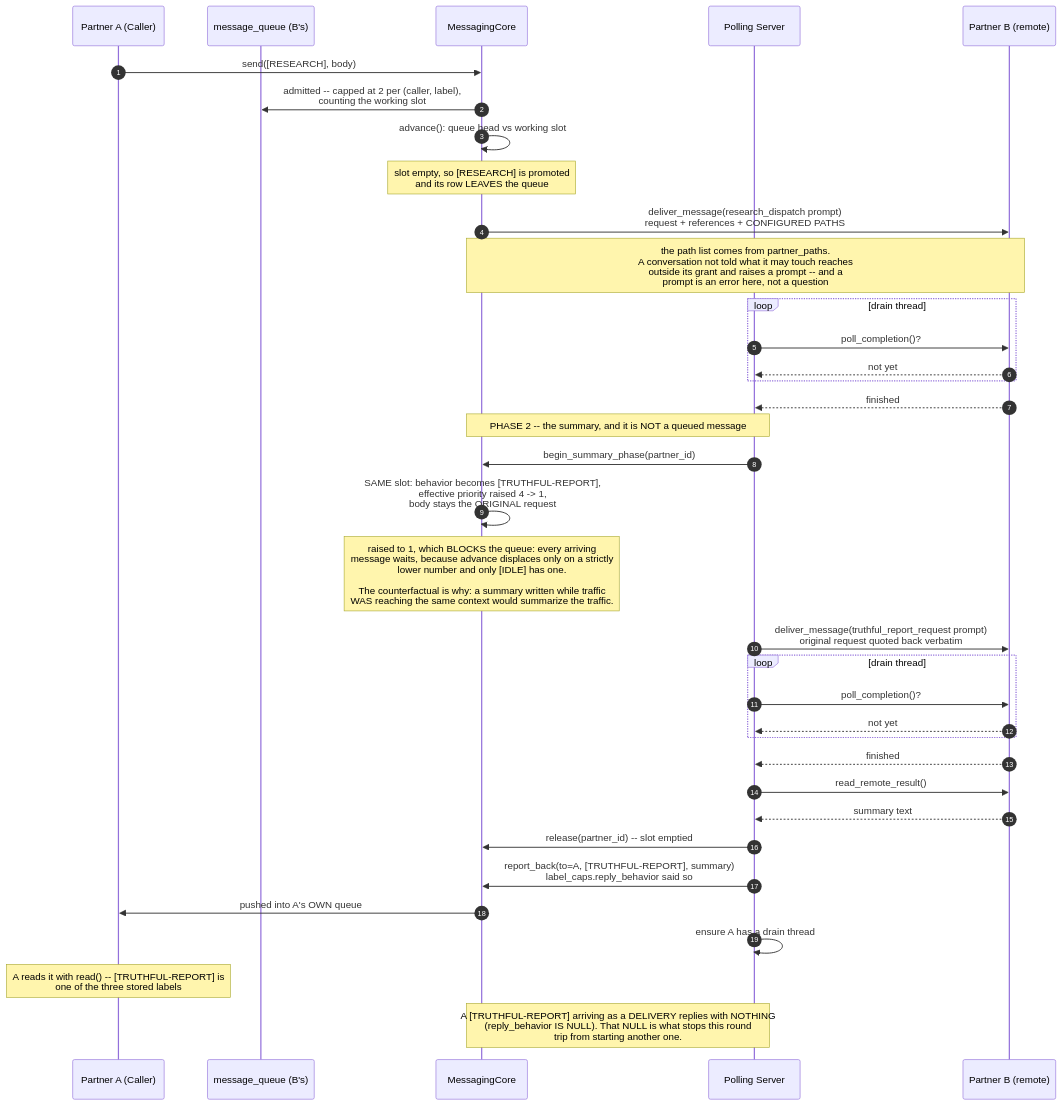
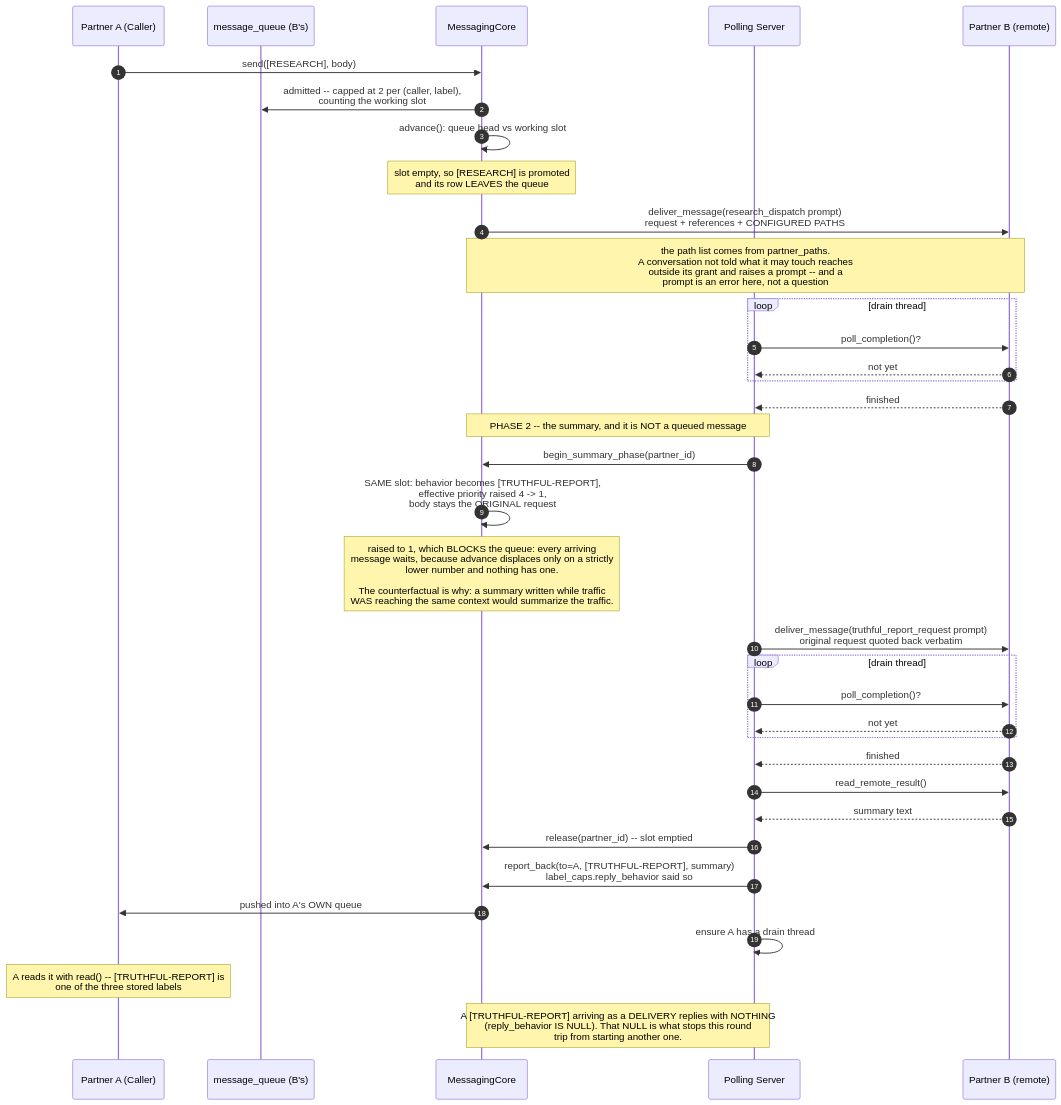
The diagram in visualizations/06-research-round-trip.mmd (CSScientist123/agent-messaging-mcp-server), drawn with Mermaid before and after one commit. The commit also changed 33 other files, not shown here.

```diff
--- a/visualizations/06-research-round-trip.mmd
+++ b/visualizations/06-research-round-trip.mmd
@@ -1,46 +1,46 @@
 %% 06-research-round-trip.mmd
 %% The two-phase [RESEARCH] round trip. Both phases run against the SAME remote in the
 %% SAME working slot; only the second changes the slot's effective priority.
 sequenceDiagram
     autonumber
     participant A as Partner A (Caller)
     participant Q as message_queue (B's)
     participant CORE as MessagingCore
     participant PS as Polling Server
     participant B as Partner B (remote)
 
     A->>CORE: send([RESEARCH], body)
     CORE->>Q: admitted -- capped at 2 per (caller, label),<br/>counting the working slot
     CORE->>CORE: advance(): queue head vs working slot
     Note over CORE: slot empty, so [RESEARCH] is promoted<br/>and its row LEAVES the queue
 
     CORE->>B: deliver_message(research_dispatch prompt)<br/>request + references + CONFIGURED PATHS
     Note over CORE,B: the path list comes from partner_paths.<br/>A conversation not told what it may touch reaches<br/>outside its grant and raises a prompt -- and a<br/>prompt is an error here, not a question
 
     loop drain thread
         PS->>B: poll_completion()?
         B-->>PS: not yet
     end
     B-->>PS: finished
 
     Note over PS,CORE: PHASE 2 -- the summary, and it is NOT a queued message
     PS->>CORE: begin_summary_phase(partner_id)
     CORE->>CORE: SAME slot: behavior becomes [TRUTHFUL-REPORT],<br/>effective priority raised 4 -> 1,<br/>body stays the ORIGINAL request
-    Note over CORE: raised to 1, which BLOCKS the queue: every arriving<br/>message waits, because advance displaces only on a strictly<br/>lower number and only [IDLE] has one.<br/><br/>The counterfactual is why: a summary written while traffic<br/>WAS reaching the same context would summarize the traffic.
+    Note over CORE: raised to 1, which BLOCKS the queue: every arriving<br/>message waits, because advance displaces only on a strictly<br/>lower number and nothing has one.<br/><br/>The counterfactual is why: a summary written while traffic<br/>WAS reaching the same context would summarize the traffic.
     PS->>B: deliver_message(truthful_report_request prompt)<br/>original request quoted back verbatim
 
     loop drain thread
         PS->>B: poll_completion()?
         B-->>PS: not yet
     end
     B-->>PS: finished
     PS->>B: read_remote_result()
     B-->>PS: summary text
 
     PS->>CORE: release(partner_id) -- slot emptied
     PS->>CORE: report_back(to=A, [TRUTHFUL-REPORT], summary)<br/>label_caps.reply_behavior said so
     CORE->>A: pushed into A's OWN queue
     PS->>PS: ensure A has a drain thread
     Note over A: A reads it with read() -- [TRUTHFUL-REPORT] is<br/>one of the three stored labels
 
     Note over PS,CORE: A [TRUTHFUL-REPORT] arriving as a DELIVERY replies with NOTHING<br/>(reply_behavior IS NULL). That NULL is what stops this round<br/>trip from starting another one.
```
